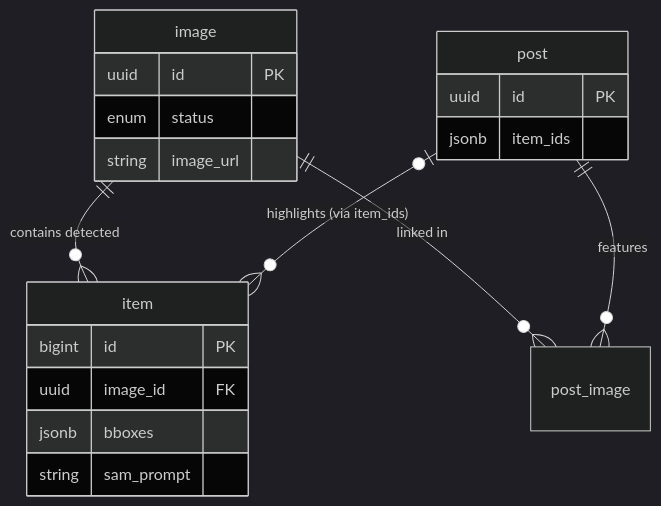
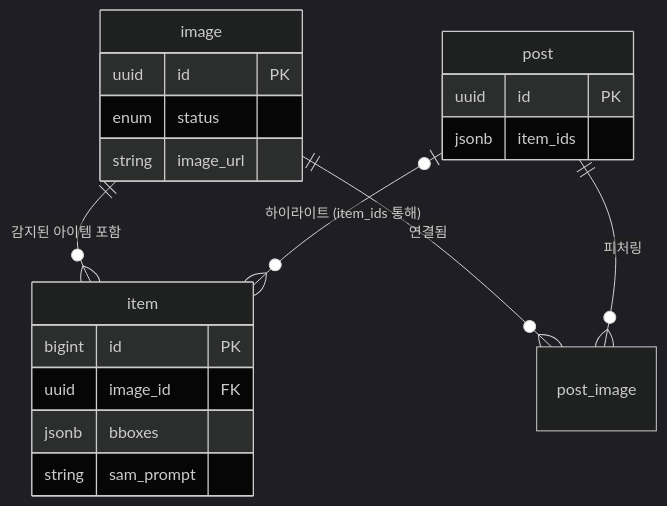
Before and after one commit to decodedcorp/decoded-app: the diagram in docs/database/01-schema-usage.md, drawn with Mermaid (dark theme). The commit also changed other lines of this file and 6 other files, not shown here.

````diff
--- a/docs/database/01-schema-usage.md
+++ b/docs/database/01-schema-usage.md
@@ -184,25 +184,25 @@
 ```mermaid
 erDiagram
-    image ||--o{ item : "contains detected"
-    image ||--o{ post_image : "linked in"
-    post ||--o{ post_image : "features"
-    post |o--o{ item : "highlights (via item_ids)"
+    image ||--o{ item : "감지된 아이템 포함"
+    image ||--o{ post_image : "연결됨"
+    post ||--o{ post_image : "피처링"
+    post |o--o{ item : "하이라이트 (item_ids 통해)"
 
     image {
         uuid id PK
         enum status
         string image_url
     }
 
     item {
         bigint id PK
         uuid image_id FK
         jsonb bboxes
         string sam_prompt
     }
 
     post {
         uuid id PK
         jsonb item_ids
     }
 ```
````
